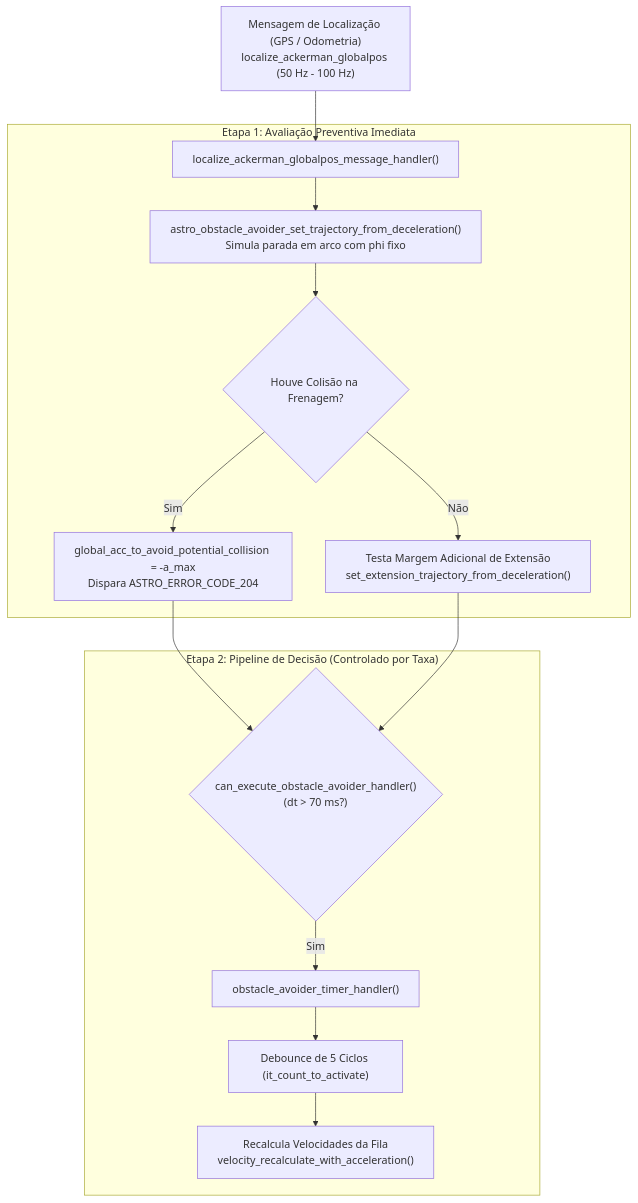
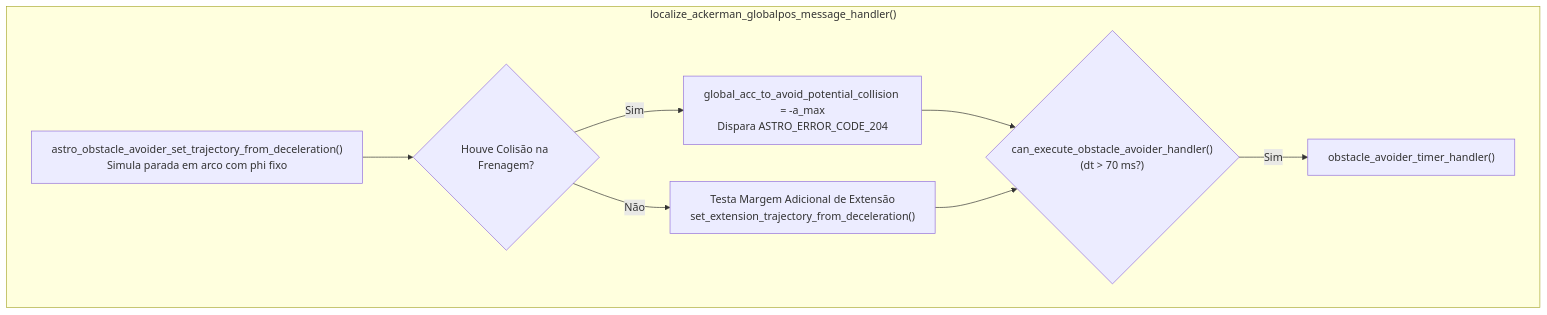
One commit to BrenoCSilva/lume changed the first of 2 diagrams in README.md. Above: the diagram before and after it, drawn with Mermaid.

````diff
--- a/README.md
+++ b/README.md
@@ -16,19 +16,13 @@
 ```mermaid
 flowchart TD
-    LOC["Mensagem de Localização (GPS / Odometria)<br/>localize_ackerman_globalpos (50 Hz - 100 Hz)"] --> HANDLER["localize_ackerman_globalpos_message_handler()"]
-    
-    subgraph S1 ["Etapa 1: Avaliação Preventiva Imediata"]
-        HANDLER --> PREV["astro_obstacle_avoider_set_trajectory_from_deceleration()<br/>Simula parada em arco com phi fixo"]
+    subgraph HANDLER ["localize_ackerman_globalpos_message_handler()"]
+        PREV["astro_obstacle_avoider_set_trajectory_from_deceleration()<br/>Simula parada em arco com phi fixo"]
         PREV --> RES{"Houve Colisão na Frenagem?"}
         RES -- "Sim" --> SET_ACC["global_acc_to_avoid_potential_collision = -a_max<br/>Dispara ASTRO_ERROR_CODE_204"]
         RES -- "Não" --> CHECK_EXT["Testa Margem Adicional de Extensão<br/>set_extension_trajectory_from_deceleration()"]
-    end
-
-    subgraph S2 ["Etapa 2: Pipeline de Decisão (Controlado por Taxa)"]
+        
         SET_ACC --> GATE{"can_execute_obstacle_avoider_handler()<br/>(dt &gt; 70 ms?)"}
         CHECK_EXT --> GATE
         GATE -- "Sim" --> TIMER["obstacle_avoider_timer_handler()"]
-        TIMER --> DEBOUNCE["Debounce de 5 Ciclos (it_count_to_activate)"]
-        DEBOUNCE --> REC_VEL["Recalcula Velocidades da Fila<br/>velocity_recalculate_with_acceleration()"]
     end
 ```
````
